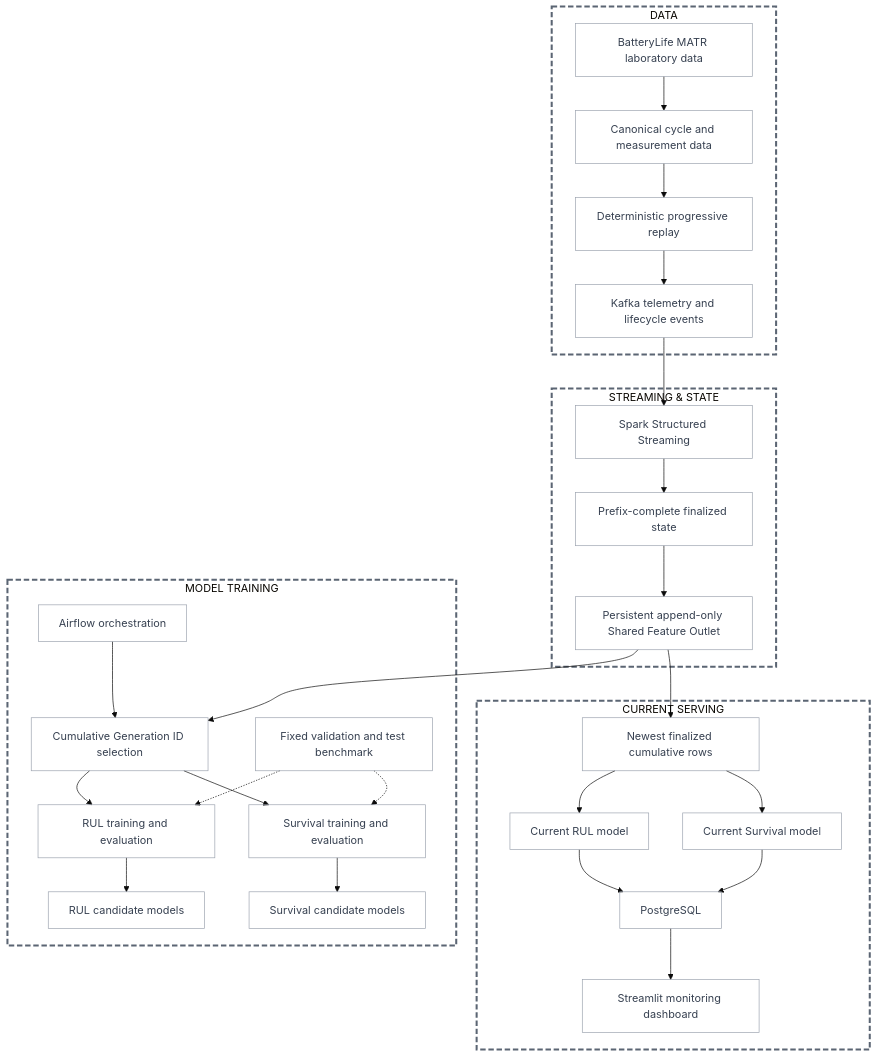
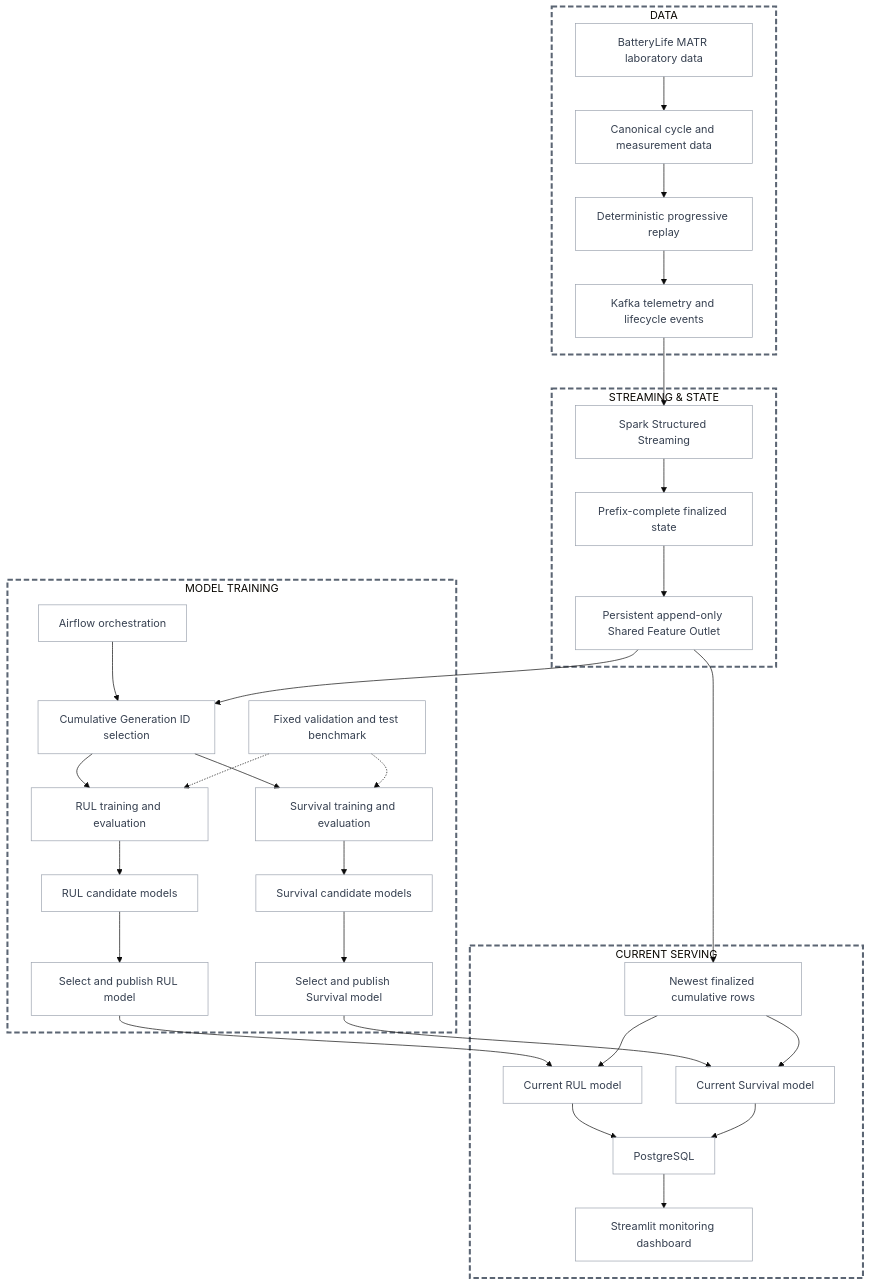
Before and after one commit to YinaLiLi/Battery-Reliability-Platform: the diagram in README.md, drawn with Mermaid (base theme). The commit also changed other lines of this file and 61 other files, not shown here.

````diff
--- a/README.md
+++ b/README.md
@@ -31,41 +33,45 @@
 ```mermaid
 flowchart TD
     subgraph DATA["DATA"]
         MATR["BatteryLife MATR laboratory data"] --> CANON["Canonical cycle and measurement data"]
         CANON --> REPLAY["Deterministic progressive replay"]
         REPLAY --> KAFKA["Kafka telemetry and lifecycle events"]
     end
 
     subgraph STATE["STREAMING & STATE"]
         KAFKA --> SPARK["Spark Structured Streaming"]
         SPARK --> FINAL["Prefix-complete finalized state"]
         FINAL --> OUTLET["Persistent append-only Shared Feature Outlet"]
     end
 
     subgraph MODEL["MODEL TRAINING"]
         AIRFLOW["Airflow orchestration"] --> SELECT["Cumulative Generation ID selection"]
         OUTLET --> SELECT
         SELECT --> RULTRAIN["RUL training and evaluation"]
         SELECT --> SURVTRAIN["Survival training and evaluation"]
         RULTRAIN --> RULCAND["RUL candidate models"]
         SURVTRAIN --> SURVCAND["Survival candidate models"]
+        RULCAND --> RULPROMO["Select and publish RUL model"]
+        SURVCAND --> SURVPROMO["Select and publish Survival model"]
         BENCH["Fixed validation and test benchmark"] -.-> RULTRAIN
         BENCH -.-> SURVTRAIN
     end
 
     subgraph SERVE["CURRENT SERVING"]
         OUTLET --> CURRENT["Newest finalized cumulative rows"]
-        CURRENT --> RULMODEL["Current RUL model"]
-        CURRENT --> SURVMODEL["Current Survival model"]
+        RULPROMO --> RULMODEL["Current RUL model"]
+        SURVPROMO --> SURVMODEL["Current Survival model"]
+        CURRENT --> RULMODEL
+        CURRENT --> SURVMODEL
         RULMODEL --> PG["PostgreSQL"]
         SURVMODEL --> PG
         PG --> DASH["Streamlit monitoring dashboard"]
     end
 
     classDef component fill:transparent,stroke:#9ca3af,color:#374151;
-    class MATR,CANON,REPLAY,KAFKA,SPARK,FINAL,OUTLET,AIRFLOW,SELECT,RULTRAIN,SURVTRAIN,RULCAND,SURVCAND,BENCH,CURRENT,RULMODEL,SURVMODEL,PG,DASH component;
+    class MATR,CANON,REPLAY,KAFKA,SPARK,FINAL,OUTLET,AIRFLOW,SELECT,RULTRAIN,SURVTRAIN,RULCAND,SURVCAND,RULPROMO,SURVPROMO,BENCH,CURRENT,RULMODEL,SURVMODEL,PG,DASH component;
     style DATA fill:transparent,stroke:#5b6573,stroke-width:3px,stroke-dasharray:8 4;
     style STATE fill:transparent,stroke:#5b6573,stroke-width:3px,stroke-dasharray:8 4;
     style MODEL fill:transparent,stroke:#5b6573,stroke-width:3px,stroke-dasharray:8 4;
     style SERVE fill:transparent,stroke:#5b6573,stroke-width:3px,stroke-dasharray:8 4;
 ```
````
